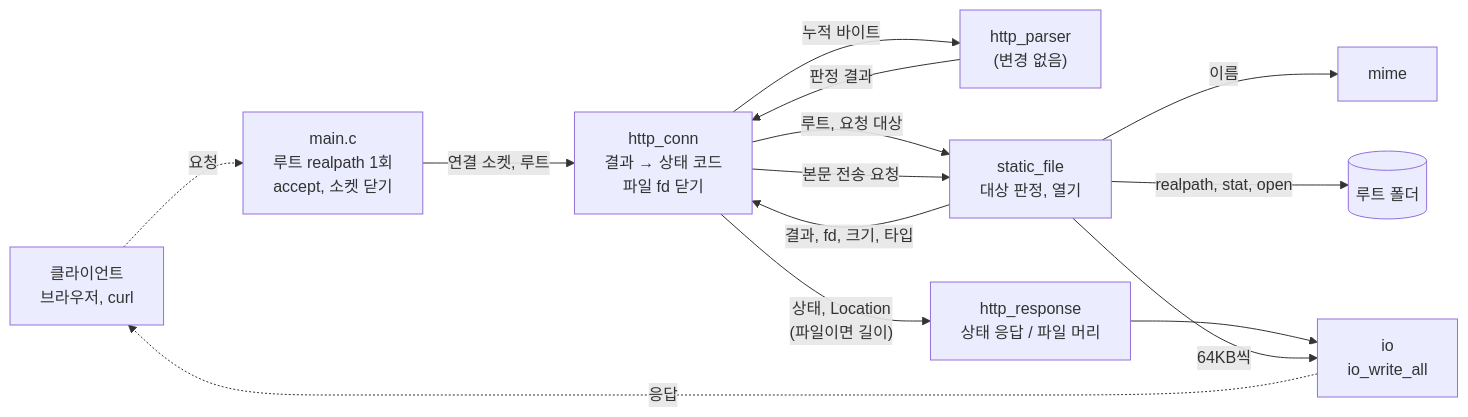
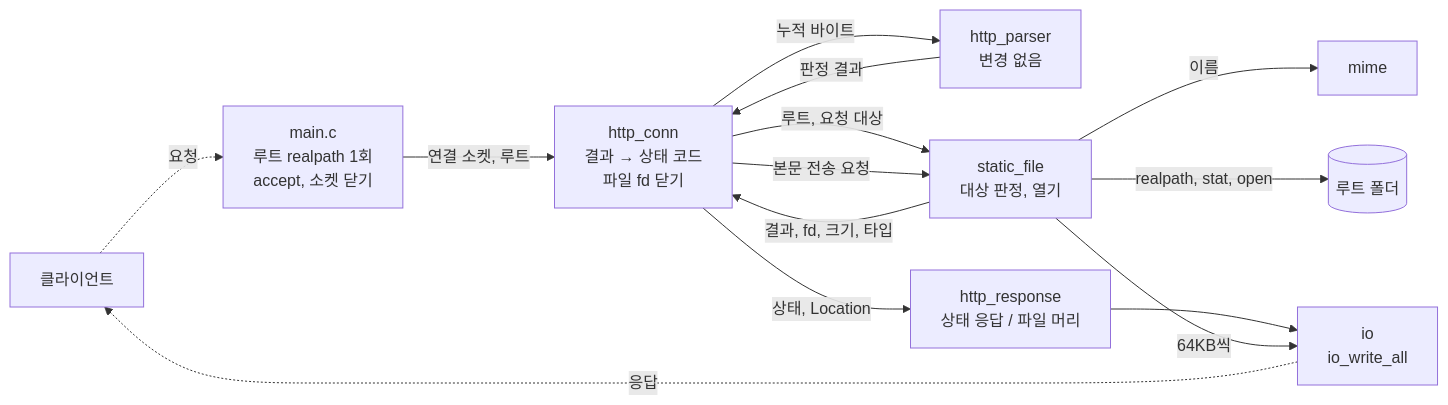
Before and after one commit to hnjee/mini-webserver: the first of 2 diagrams in docs/steps/step-3-static/README.md, drawn with Mermaid. The commit also changed other lines of this file and 10 other files, not shown here.

````diff
--- a/docs/steps/step-3-static/README.md
+++ b/docs/steps/step-3-static/README.md
@@ -53,16 +48,16 @@
 ```mermaid
 flowchart LR
-    C["클라이언트<br/>브라우저, curl"] -. "요청" .-> M["main.c<br/>루트 realpath 1회<br/>accept, 소켓 닫기"]
-    M -- "연결 소켓, 루트" --> H["http_conn<br/>결과 → 상태 코드<br/>파일 fd 닫기"]
-    H -- "누적 바이트" --> P["http_parser<br/>(변경 없음)"]
-    P -- "판정 결과" --> H
-    H -- "루트, 요청 대상" --> S["static_file<br/>대상 판정, 열기"]
-    S -- "이름" --> MI["mime"]
-    S -- "realpath, stat, open" --> FS[("루트 폴더")]
-    S -- "결과, fd, 크기, 타입" --> H
-    H -- "상태, Location<br/>(파일이면 길이)" --> R["http_response<br/>상태 응답 / 파일 머리"]
-    H -- "본문 전송 요청" --> S
-    R --> IO["io<br/>io_write_all"]
-    S -- "64KB씩" --> IO
-    IO -. "응답" .-> C
+    C[클라이언트] -. 요청 .-> M[main.c<br/>루트 realpath 1회<br/>accept, 소켓 닫기]
+    M -- 연결 소켓, 루트 --> H[http_conn<br/>결과 → 상태 코드<br/>파일 fd 닫기]
+    H -- 누적 바이트 --> P[http_parser<br/>변경 없음]
+    P -- 판정 결과 --> H
+    H -- 루트, 요청 대상 --> S[static_file<br/>대상 판정, 열기]
+    S -- 이름 --> MI[mime]
+    S -- realpath, stat, open --> FS[(루트 폴더)]
+    S -- 결과, fd, 크기, 타입 --> H
+    H -- 상태, Location --> R[http_response<br/>상태 응답 / 파일 머리]
+    H -- 본문 전송 요청 --> S
+    R --> IO[io<br/>io_write_all]
+    S -- 64KB씩 --> IO
+    IO -. 응답 .-> C
 ```
````
